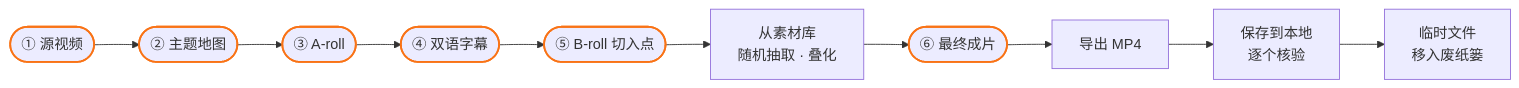
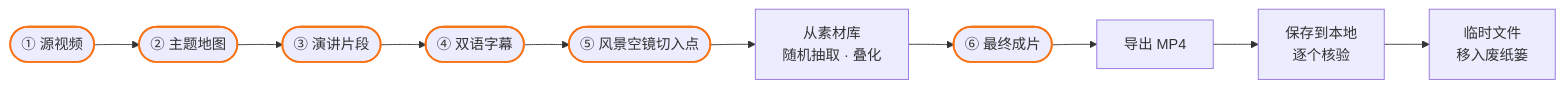
The diagram in README.md (issgy/chatcut-bilingual-speech), drawn with Mermaid before and after one commit. The commit also changed other lines of this file and 4 other files, not shown here.

First line of the commit message:
docs: A-roll/B-roll 改为「演讲片段」「风景空镜」

````diff
--- a/README.md
+++ b/README.md
@@ -161,14 +161,14 @@
 ```mermaid
 flowchart LR
   A([① 源视频]) --> B([② 主题地图])
-  B --> C([③ A-roll])
+  B --> C([③ 演讲片段])
   C --> D([④ 双语字幕])
-  D --> E([⑤ B-roll 切入点])
+  D --> E([⑤ 风景空镜切入点])
   E --> F[从素材库<br>随机抽取 · 叠化]
   F --> G([⑥ 最终成片])
   G --> H[导出 MP4]
   H --> I[保存到本地<br>逐个核验]
   I --> J[临时文件<br>移入废纸篓]
   classDef gate stroke:#f97316,stroke-width:2px
   class A,B,C,D,E,G gate
 ```
````
